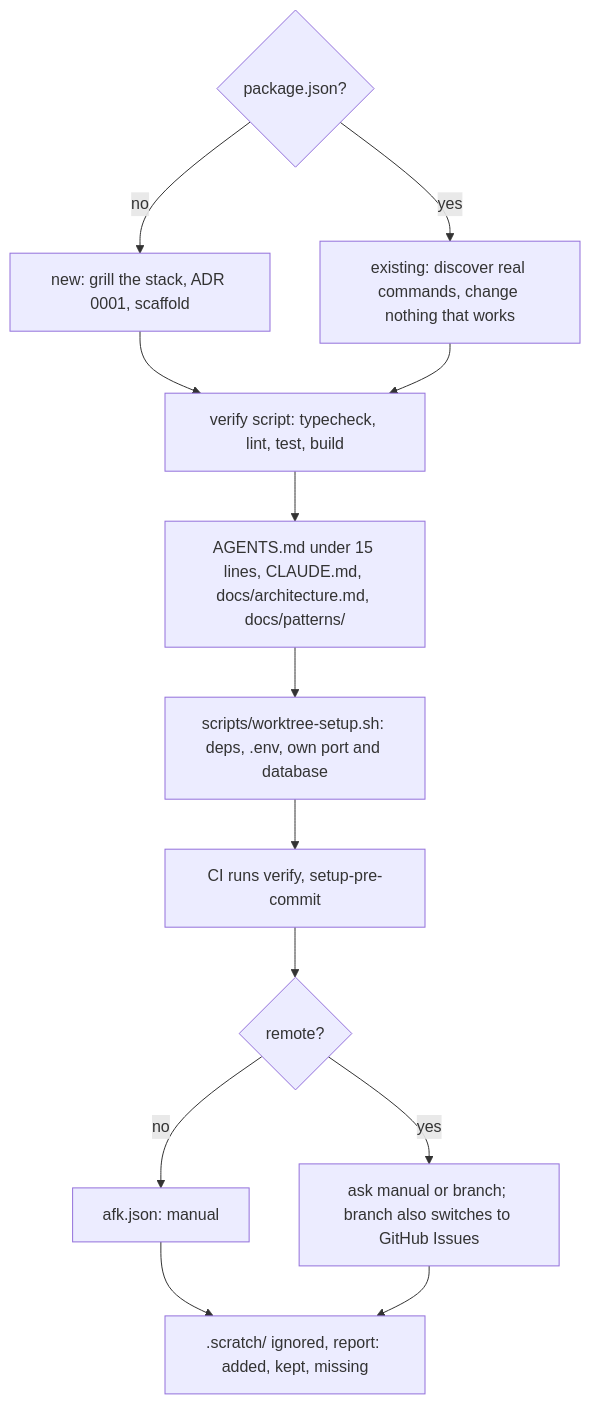
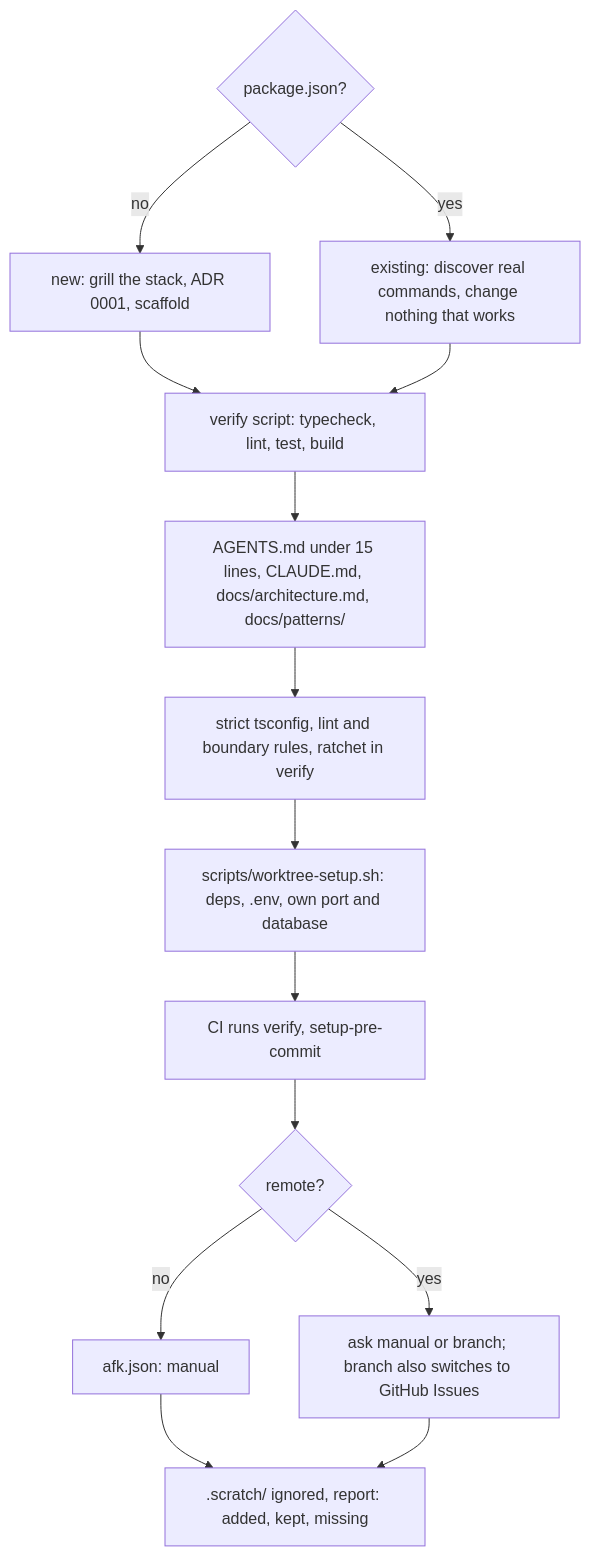
The diagram in skills/engineering/setup-project/README.md (willianjusten/agent-skills), drawn with Mermaid before and after one commit. The commit also changed other lines of this file and 3 other files, not shown here.

Commit message:
feat(setup-project): wire quality checks and the ratchet into the workflow

````diff
--- a/skills/engineering/setup-project/README.md
+++ b/skills/engineering/setup-project/README.md
@@ -7,15 +7,16 @@
 ```mermaid
 flowchart TD
     START{package.json?} -->|no| NEW[new: grill the stack, ADR 0001, scaffold]
     START -->|yes| EX[existing: discover real commands, change nothing that works]
     NEW --> V[verify script: typecheck, lint, test, build]
     EX --> V
     V --> DOCS[AGENTS.md under 15 lines, CLAUDE.md, docs/architecture.md, docs/patterns/]
-    DOCS --> WT[scripts/worktree-setup.sh: deps, .env, own port and database]
+    DOCS --> Q[strict tsconfig, lint and boundary rules, ratchet in verify]
+    Q --> WT[scripts/worktree-setup.sh: deps, .env, own port and database]
     WT --> CI[CI runs verify, setup-pre-commit]
     CI --> PUSH{remote?}
     PUSH -->|no| MAN[afk.json: manual]
     PUSH -->|yes| ASK[ask manual or branch; branch also switches to GitHub Issues]
     MAN --> REP[.scratch/ ignored, report: added, kept, missing]
     ASK --> REP
 ```
````
